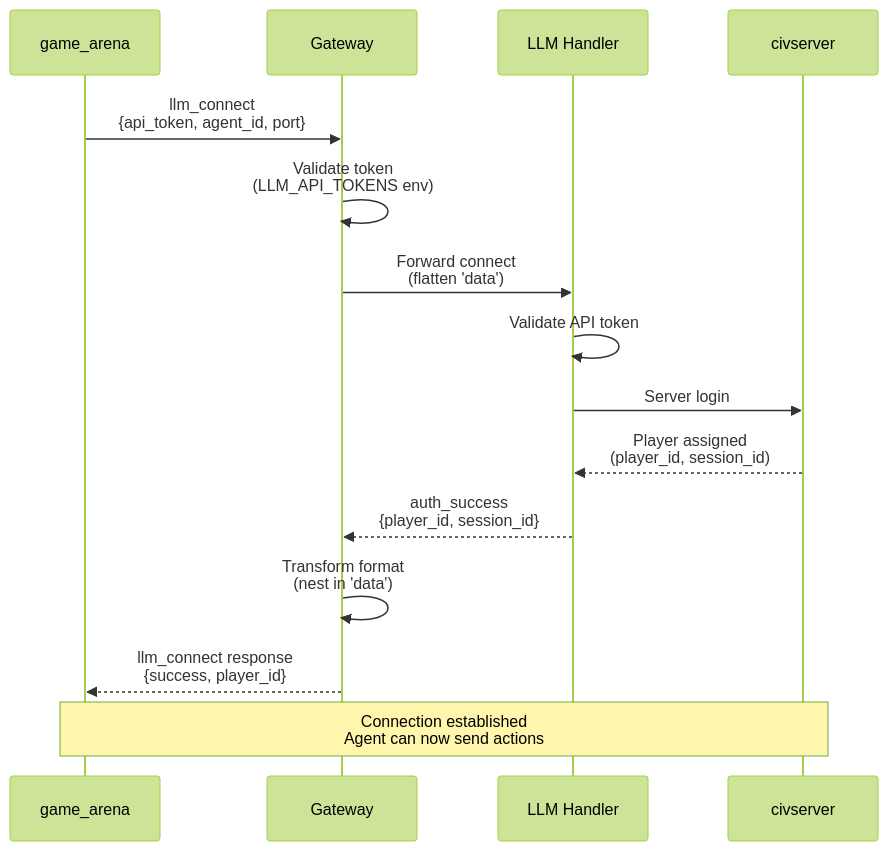
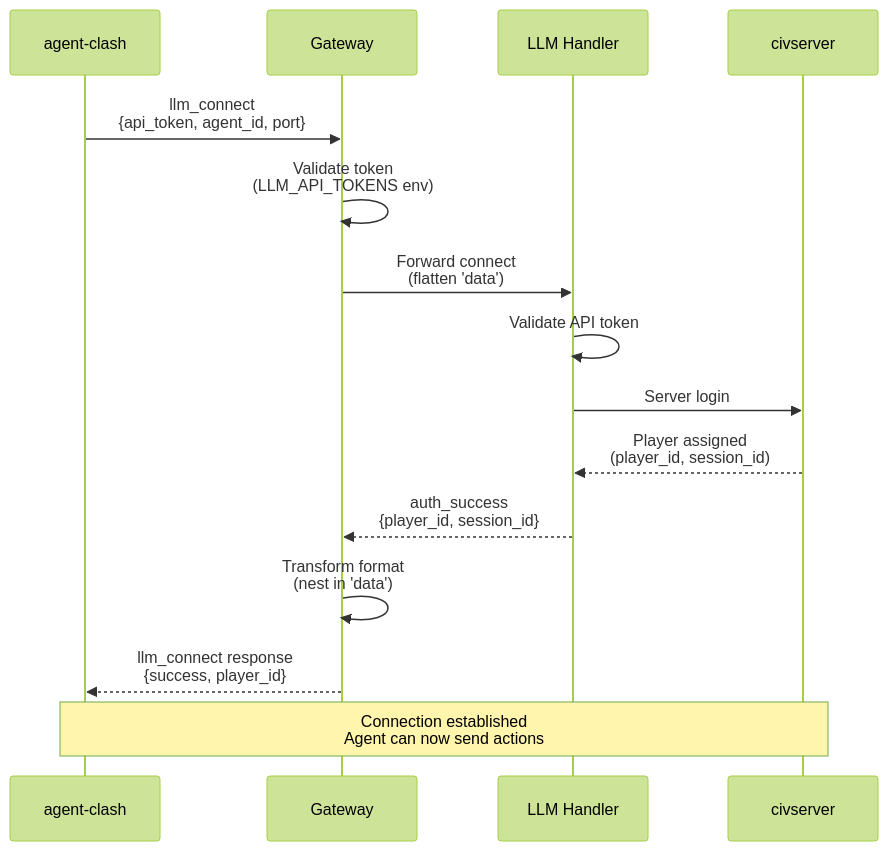
One commit to taso-labs/freeciv3d changed the seventh of 14 diagrams in Technical_Spec.md. Above: the diagram before and after it, drawn with Mermaid (forest theme). The commit also changed other lines of this file and 9 other files, not shown here.

First line of the commit message:
docs: Rename game_arena to agent-clash throughout codebase

````diff
--- a/Technical_Spec.md
+++ b/Technical_Spec.md
@@ -343,19 +343,19 @@
 ```mermaid
 sequenceDiagram
-    participant GA as game_arena
+    participant GA as agent-clash
     participant GW as Gateway
     participant LH as LLM Handler
     participant CS as civserver
 
     GA->>GW: llm_connect<br/>{api_token, agent_id, port}
     GW->>GW: Validate token<br/>(LLM_API_TOKENS env)
     GW->>LH: Forward connect<br/>(flatten 'data')
     LH->>LH: Validate API token
     LH->>CS: Server login
     CS-->>LH: Player assigned<br/>(player_id, session_id)
     LH-->>GW: auth_success<br/>{player_id, session_id}
     GW->>GW: Transform format<br/>(nest in 'data')
     GW-->>GA: llm_connect response<br/>{success, player_id}
 
     Note over GA,CS: Connection established<br/>Agent can now send actions
 ```
````
